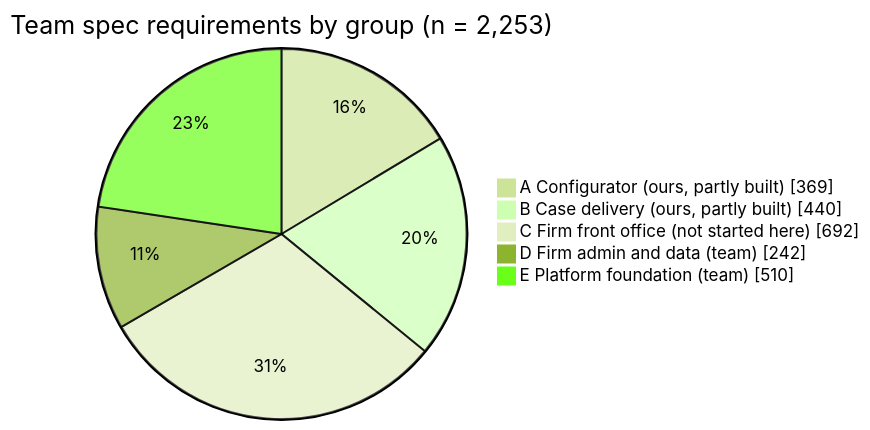
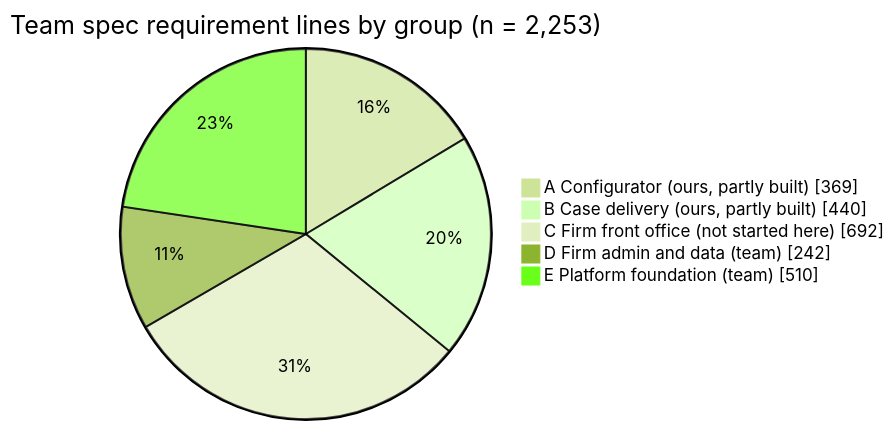
Before and after one commit to ranjan-expatready/xpatready: the first of 3 diagrams in ai-workers/problem-1-pathway-setup-and-form-filling/product/design/factory-plan-2026-11-12.md, drawn with Mermaid (forest theme). The commit also changed other lines of this file and 15 other files, not shown here.

````diff
--- a/ai-workers/problem-1-pathway-setup-and-form-filling/product/design/factory-plan-2026-11-12.md
+++ b/ai-workers/problem-1-pathway-setup-and-form-filling/product/design/factory-plan-2026-11-12.md
@@ -361,9 +268,9 @@
 ```mermaid
 pie showData
-  title Team spec requirements by group (n = 2,253)
+  title Team spec requirement lines by group (n = 2,253)
   "A Configurator (ours, partly built)" : 369
   "B Case delivery (ours, partly built)" : 440
   "C Firm front office (not started here)" : 692
   "D Firm admin and data (team)" : 242
   "E Platform foundation (team)" : 510
 ```
````
